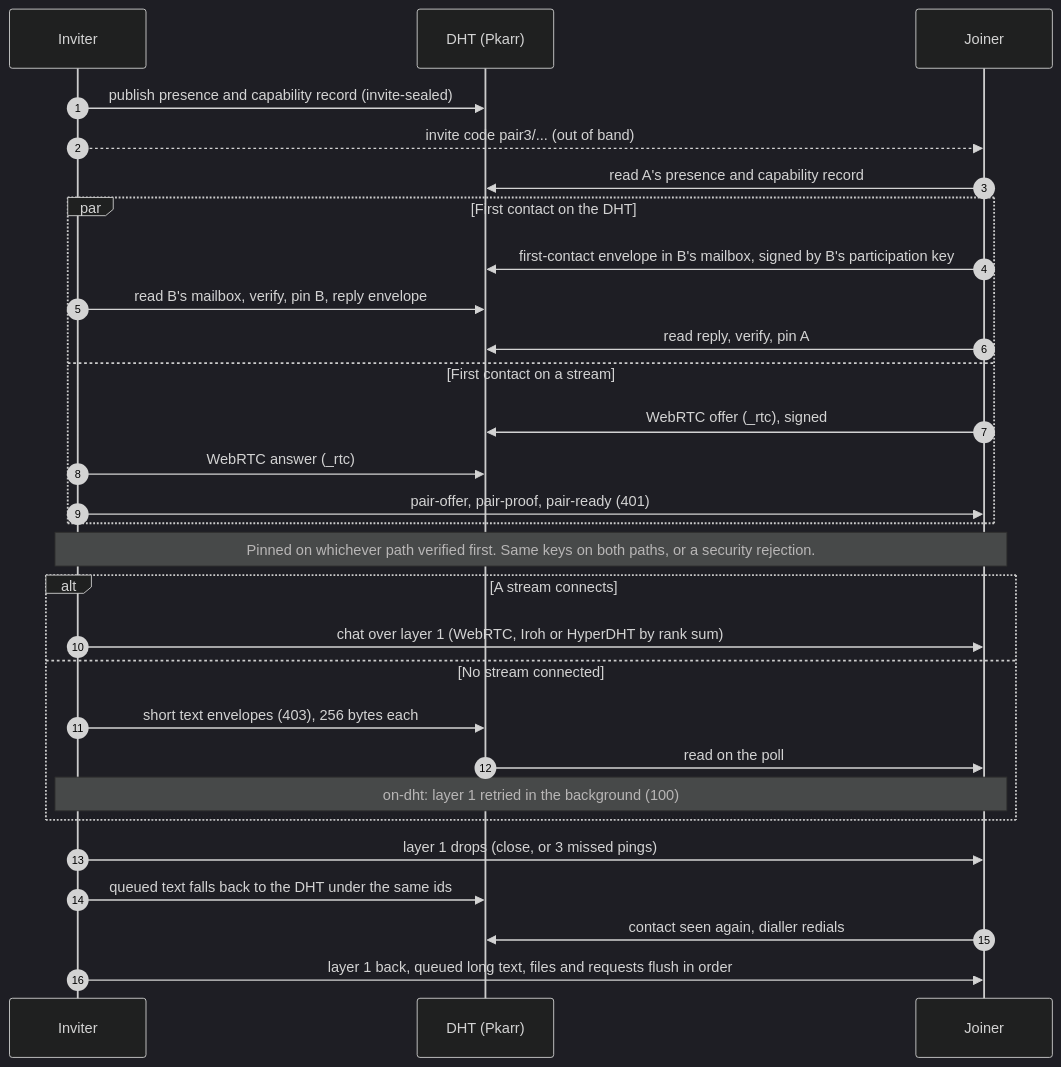
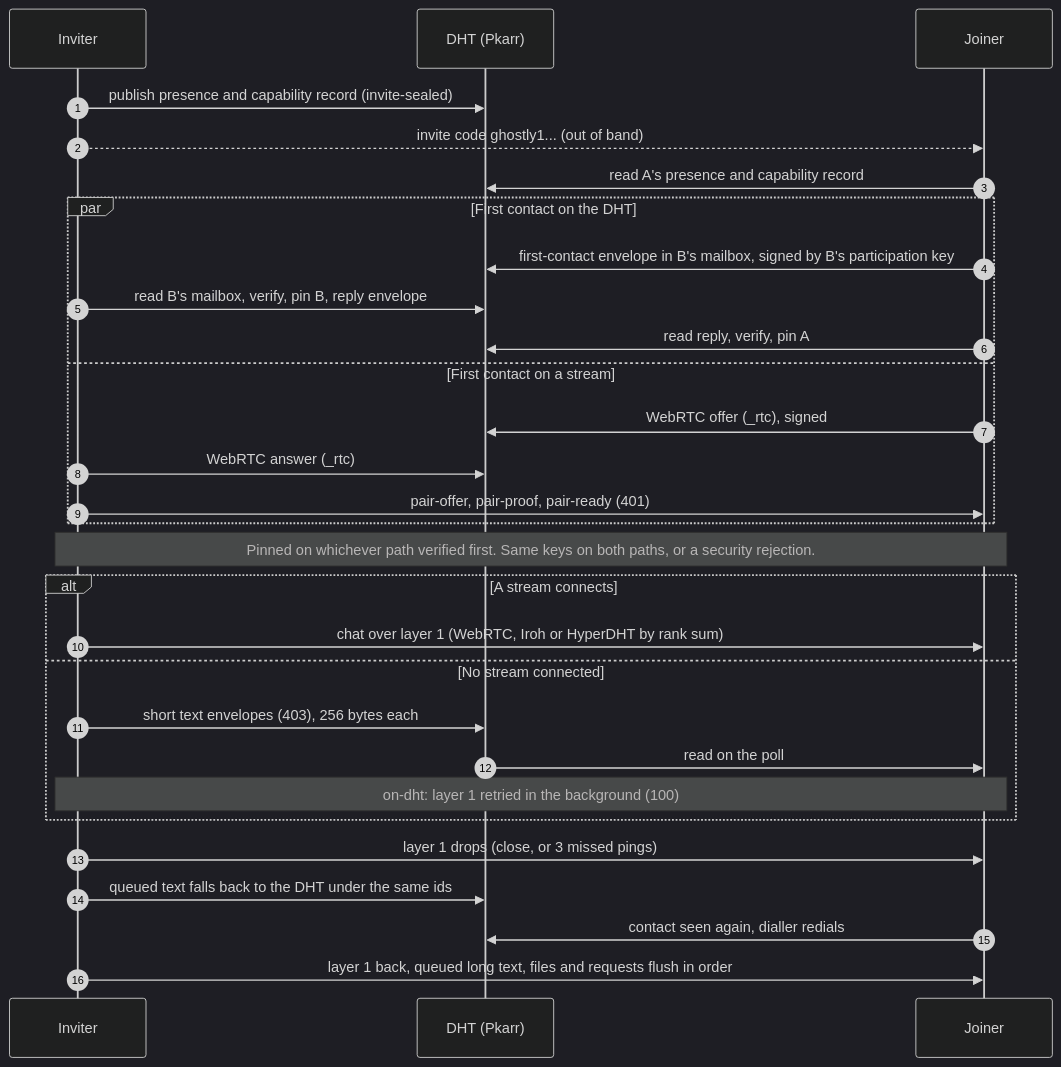
Before and after one commit to MiguelMedeiros/ghostly: the second of 2 diagrams in docs/wisps/400-chat.md, drawn with Mermaid (dark theme). The commit also changed other lines of this file and 8 other files, not shown here.

First line of the commit message:
docs(wisps): the invite is one bech32m string, ghostly1...

````diff
--- a/docs/wisps/400-chat.md
+++ b/docs/wisps/400-chat.md
@@ -64,31 +64,31 @@
 ```mermaid
 sequenceDiagram
     autonumber
     participant A as Inviter
     participant D as DHT (Pkarr)
     participant B as Joiner
     A->>D: publish presence and capability record (invite-sealed)
-    A-->>B: invite code pair3/... (out of band)
+    A-->>B: invite code ghostly1... (out of band)
     B->>D: read A's presence and capability record
     par First contact on the DHT
         B->>D: first-contact envelope in B's mailbox, signed by B's participation key
         A->>D: read B's mailbox, verify, pin B, reply envelope
         B->>D: read reply, verify, pin A
     and First contact on a stream
         B->>D: WebRTC offer (_rtc), signed
         A->>D: WebRTC answer (_rtc)
         A->>B: pair-offer, pair-proof, pair-ready (401)
     end
     Note over A,B: Pinned on whichever path verified first. Same keys on both paths, or a security rejection.
     alt A stream connects
         A->>B: chat over layer 1 (WebRTC, Iroh or HyperDHT by rank sum)
     else No stream connected
         A->>D: short text envelopes (403), 256 bytes each
         D->>B: read on the poll
         Note over A,B: on-dht: layer 1 retried in the background (100)
     end
     A->>B: layer 1 drops (close, or 3 missed pings)
     A->>D: queued text falls back to the DHT under the same ids
     B->>D: contact seen again, dialler redials
     A->>B: layer 1 back, queued long text, files and requests flush in order
 ```
````
